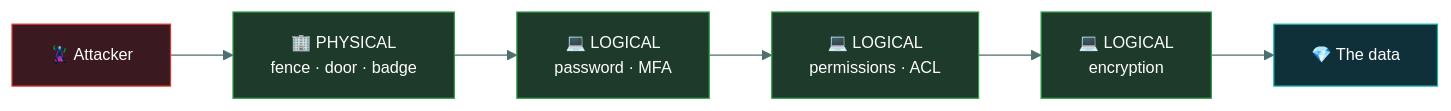
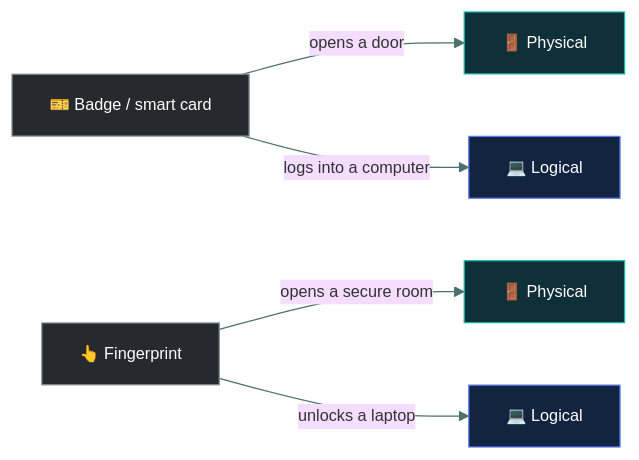
One commit to tarunTejaDesireddy/cc-exam-prep changed the second of 3 diagrams in 03-access-control/logical-access-controls/README.md. Above: the diagram before and after it, drawn with Mermaid. The commit also changed other lines of this file, not shown here.

Commit message:
Replace logical access controls with caveman-style version, diagrams and questions

````diff
--- a/03-access-control/logical-access-controls/README.md
+++ b/03-access-control/logical-access-controls/README.md
@@ -136,16 +114,15 @@
 ```mermaid
 %%{init: {'theme':'base','themeVariables':{'fontSize':'13px','lineColor':'#4d6f6e','textColor':'#dbe7e6'}}}%%
 flowchart LR
-    A["🦹 Attacker"] --> P1["🏢 PHYSICAL<br/>fence · door · badge"]
-    P1 --> P2["💻 LOGICAL<br/>password · MFA"]
-    P2 --> P3["💻 LOGICAL<br/>permissions · ACL"]
-    P3 --> P4["💻 LOGICAL<br/>encryption"]
-    P4 --> D["💎 The data"]
+    B["🎫 Badge / smart card"] -->|"opens a door"| P1["🚪 Physical"]
+    B -->|"logs into a computer"| L1["💻 Logical"]
+    F["👆 Fingerprint"] -->|"opens a secure room"| P2["🚪 Physical"]
+    F -->|"unlocks a laptop"| L2["💻 Logical"]
 
-    style A fill:#3a1a20,stroke:#E03131,color:#fff
-    style P1 fill:#1d3a2a,stroke:#2F9E44,color:#fff
-    style P2 fill:#1d3a2a,stroke:#2F9E44,color:#fff
-    style P3 fill:#1d3a2a,stroke:#2F9E44,color:#fff
-    style P4 fill:#1d3a2a,stroke:#2F9E44,color:#fff
-    style D fill:#0f3038,stroke:#12B5A5,color:#fff
+    style B fill:#26292e,stroke:#868E96,color:#fff
+    style F fill:#26292e,stroke:#868E96,color:#fff
+    style P1 fill:#0f3038,stroke:#12B5A5,color:#fff
+    style P2 fill:#0f3038,stroke:#12B5A5,color:#fff
+    style L1 fill:#12243f,stroke:#5C7CFA,color:#fff
+    style L2 fill:#12243f,stroke:#5C7CFA,color:#fff
 ```
````
